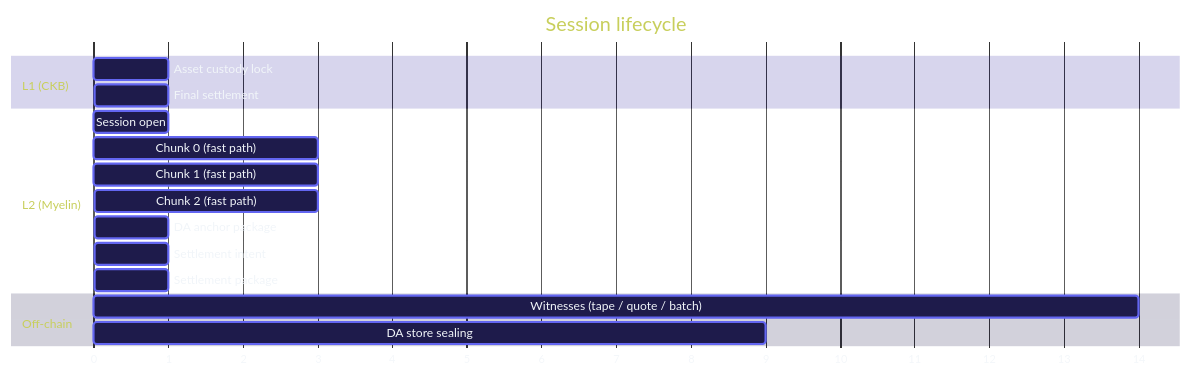
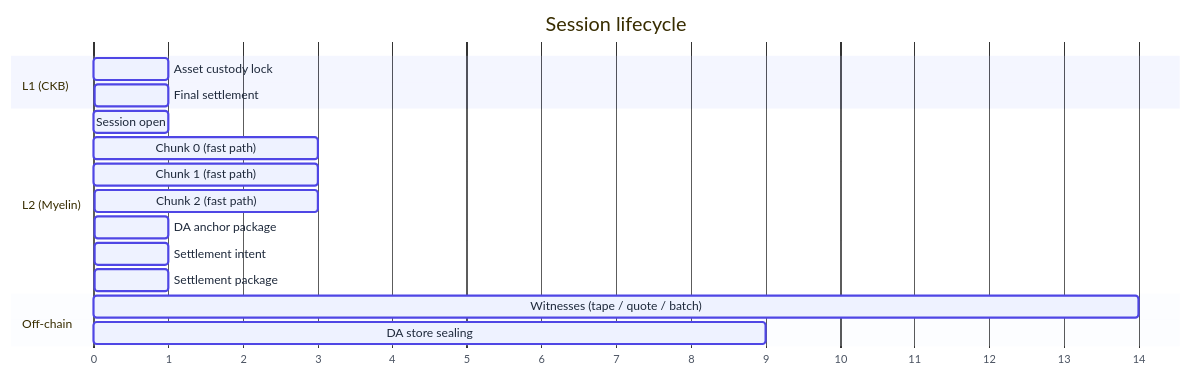
The fifth of 5 diagrams in docs/interactions/session-flow.md (Myelin-Labs/Myelin), drawn with Mermaid before and after one commit. The commit also changed other lines of this file and 30 other files, not shown here.

First line of the commit message:
docs(mermaid): use light fills + dark text for readability

````diff
--- a/docs/interactions/session-flow.md
+++ b/docs/interactions/session-flow.md
@@ -244,34 +244,34 @@
 ```mermaid
 %%{init: {
   "theme": "base",
   "themeVariables": {
-    "primaryColor": "#1E1B4B",
-    "primaryTextColor": "#F1F5F9",
-    "primaryBorderColor": "#6366F1",
-    "lineColor": "#818CF8",
-    "secondaryColor": "#312E81",
-    "tertiaryColor": "#3730A3"
+    "primaryColor": "#EEF2FF",
+    "primaryTextColor": "#1E293B",
+    "primaryBorderColor": "#4F46E5",
+    "lineColor": "#6366F1",
+    "secondaryColor": "#E0E7FF",
+    "tertiaryColor": "#C7D2FE"
   }
 }}%%
 gantt
     title Session lifecycle
     dateFormat X
     axisFormat %s
 
     section L1 (CKB)
     Asset custody lock    :l1a, 0, 1
     Final settlement      :l1b, 14, 1
 
     section L2 (Myelin)
     Session open          :l2a, 1, 1
     Chunk 0 (fast path)   :l2b, 2, 3
     Chunk 1 (fast path)   :l2c, 5, 3
     Chunk 2 (fast path)   :l2d, 8, 3
     DA anchor package     :l2e, 11, 1
     Settlement intent     :l2f, 12, 1
     Settlement package    :l2g, 13, 1
 
     section Off-chain
     Witnesses (tape / quote / batch) :offa, 0, 14
     DA store sealing                  :offb, 2, 9
 ```
````
